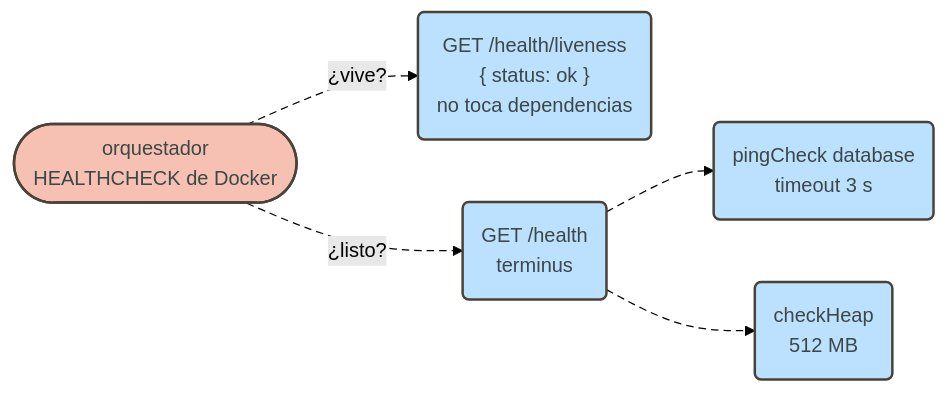
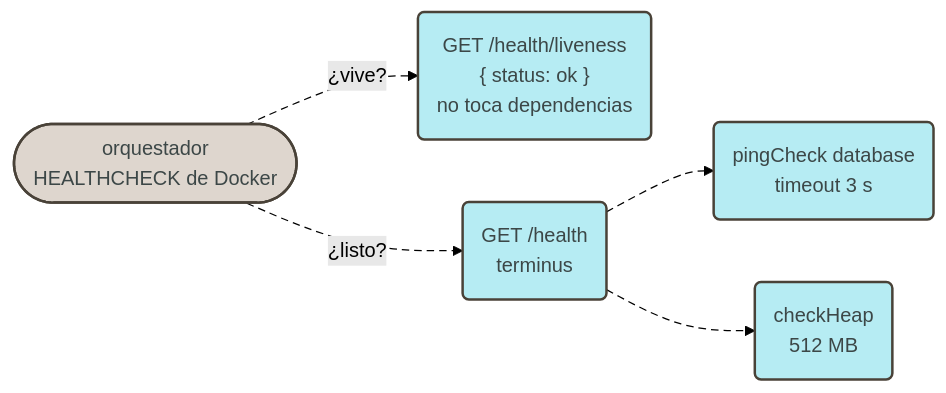
Diagram 17 of 19 in docs/architecture.md (pcarroza91/nest-template), drawn with Mermaid (forest theme) before and after one commit. The commit also changed other lines of this file and 2 other files, not shown here.

First line of the commit message:
docs(architecture): colores por capa y componente en los diagramas Mermaid

````diff
--- a/docs/architecture.md
+++ b/docs/architecture.md
@@ -718,18 +762,18 @@
 ```mermaid
 flowchart LR
     K8S(["orquestador<br/>HEALTHCHECK de Docker"])
     LIV("GET /health/liveness<br/>{ status: ok }<br/>no toca dependencias")
     RDY("GET /health<br/>terminus")
     DBP("pingCheck database<br/>timeout 3 s")
     MEM("checkHeap<br/>512 MB")
 
     K8S -- "¿vive?" --> LIV
     K8S -- "¿listo?" --> RDY
     RDY --> DBP & MEM
 
-    classDef entry fill:#bce1ff,stroke:#494238,stroke-width:2px,color:#3c4747
-    classDef ext fill:#f6c1b2,stroke:#494238,stroke-width:2px,color:#3c4747
-    class LIV,RDY,DBP,MEM entry
-    class K8S ext
+    classDef health fill:#b6ecf3,stroke:#494238,stroke-width:2px,color:#3c4747
+    classDef infra fill:#ded6ce,stroke:#494238,stroke-width:2px,color:#3c4747
+    class LIV,RDY,DBP,MEM health
+    class K8S infra
     linkStyle default stroke-dasharray:6 4
 ```
````
